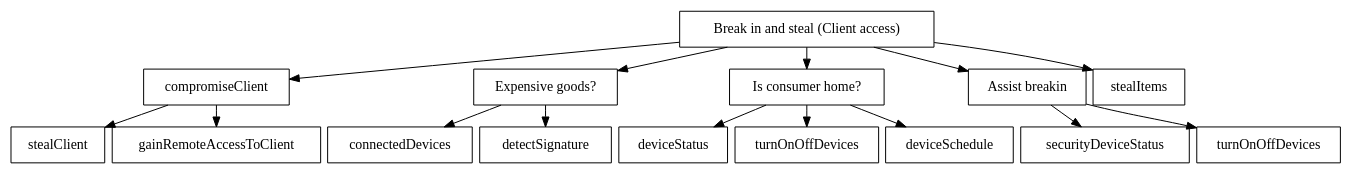
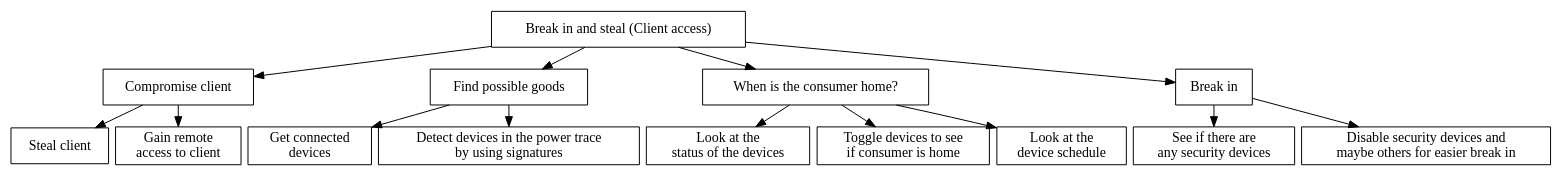
The diagram in figures/graphviz/burglarClient.dot (des904e15/report), drawn with Graphviz before and after one commit.

Commit message:
Added sentences. #58

```diff
--- a/figures/graphviz/burglarClient.dot
+++ b/figures/graphviz/burglarClient.dot
@@ -1,35 +1,42 @@
 digraph G {
 
  graph[ center=true, margin=0.2, nodesep=0.1, ranksep=0.3]
  node[ shape=rectangle]
 
 root [label="Break in and steal (Client access)", shape=AND];
 
 compromiseClient;
-goodstuff [label="Expensive goods?",shape=OR];
-atHome [label="Is consumer home?",shape=OR];
+goodstuff [label="Find possible goods",shape=OR];
+atHome [label="When is the consumer home?",shape=OR];
 breakIn [label="Break in"];
 
 compromiseClient[shape=OR]
+compromiseClient[label="Compromise client"];
 root -> compromiseClient;
+stealClient[label="Steal client"]
 compromiseClient -> stealClient;
+gainRemoteAccessToClient[label="Gain remote \naccess to client"]
 compromiseClient -> gainRemoteAccessToClient;
 
 
 root -> goodstuff;
-connectedDevices;
+connectedDevices[label="Get connected \ndevices"];
 goodstuff->connectedDevices;
+detectSignature[label="Detect devices in the power trace \nby using signatures"];
 goodstuff->detectSignature;
 
 root -> atHome;
+deviceStatus[label="Look at the \nstatus of the devices"];
 atHome -> deviceStatus;
+turnOnOffDevices[label="Toggle devices to see \nif consumer is home"];
 atHome -> turnOnOffDevices;
+deviceSchedule[label="Look at the \ndevice schedule"];
 atHome -> deviceSchedule;
 
-breakIn[shape=OR, label="Assist breakin"]
+breakIn[shape=OR]
 root ->	breakIn;
+securityDeviceStatus[label="See if there are \nany security devices"];
 breakIn -> securityDeviceStatus;
-root -> stealItems;
-turnOnOffDevices2[label=turnOnOffDevices]
+turnOnOffDevices2[label="Disable security devices and \nmaybe others for easier break in"];
 breakIn -> turnOnOffDevices2;
 }
```
